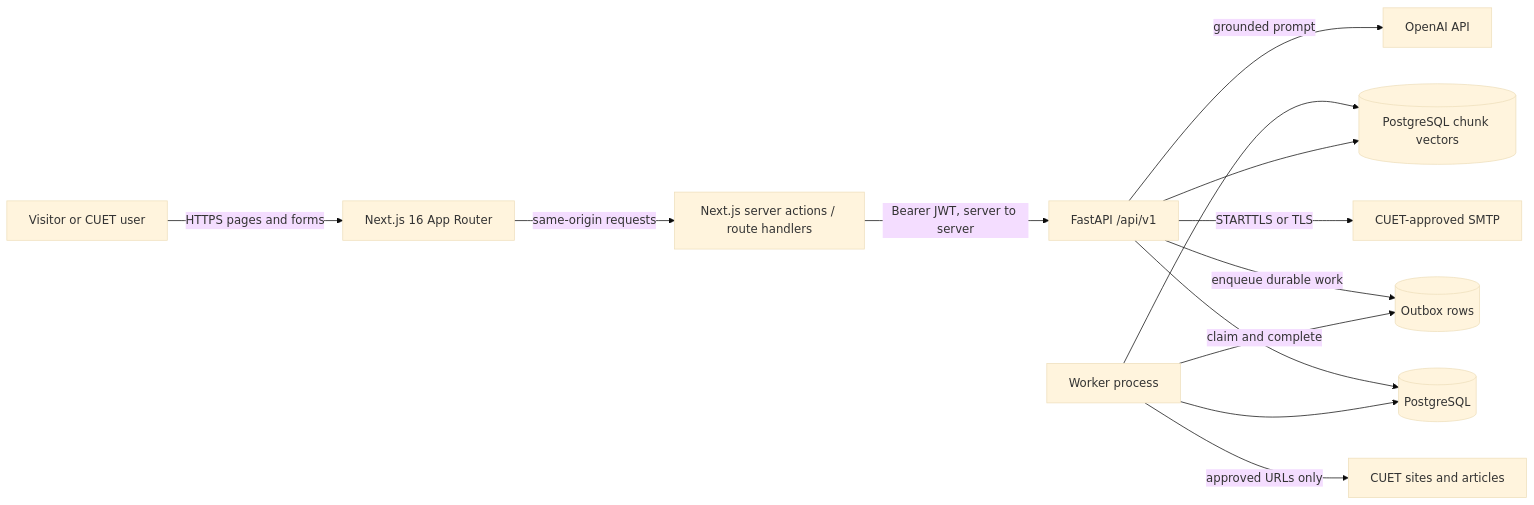
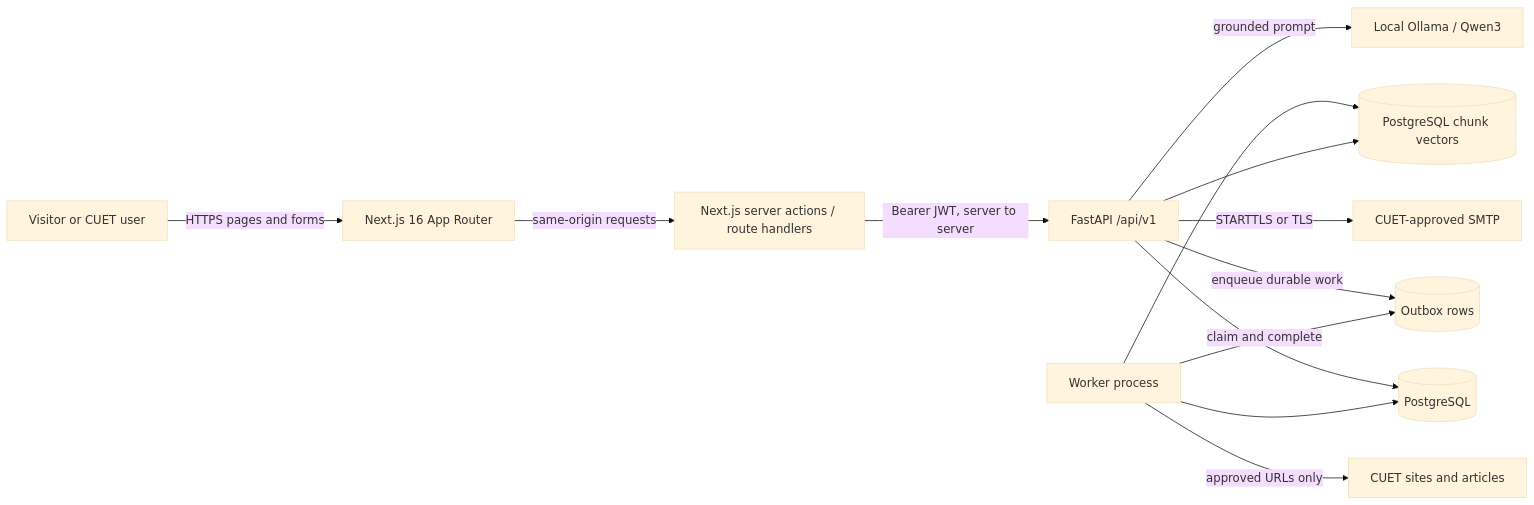
One commit to anindya357/UniCircle changed the first of 2 diagrams in docs/design/HLD.md. Above: the diagram before and after it, drawn with Mermaid (base theme). The commit also changed other lines of this file and 19 other files, not shown here.

Commit message:
Use local Ollama models for campus assistant

````diff
--- a/docs/design/HLD.md
+++ b/docs/design/HLD.md
@@ -9,15 +9,15 @@
 ```mermaid
 flowchart LR
     Visitor[Visitor or CUET user] -->|HTTPS pages and forms| Web[Next.js 16 App Router]
     Web -->|same-origin requests| BFF[Next.js server actions / route handlers]
     BFF -->|Bearer JWT, server to server| API[FastAPI /api/v1]
     API --> DB[(PostgreSQL)]
     API -->|STARTTLS or TLS| SMTP[CUET-approved SMTP]
     API -->|enqueue durable work| Outbox[(Outbox rows)]
     Worker[Worker process] -->|claim and complete| Outbox
     Worker --> DB
     Worker -->|approved URLs only| Sources[CUET sites and articles]
     Worker --> Vectors[(PostgreSQL chunk vectors)]
     API --> Vectors
-    API -->|grounded prompt| Model[OpenAI API]
+    API -->|grounded prompt| Model[Local Ollama / Qwen3]
 ```
````
